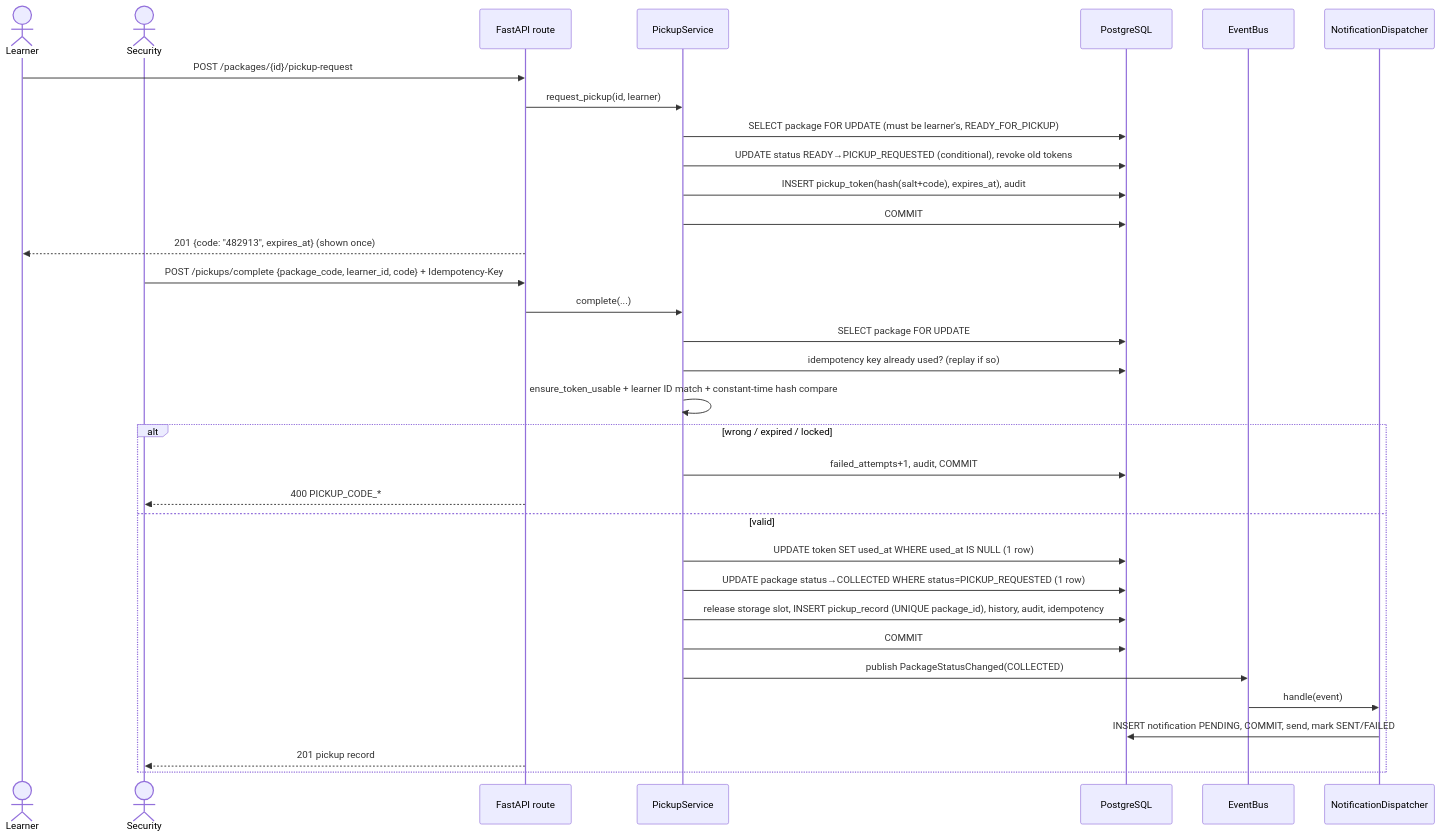
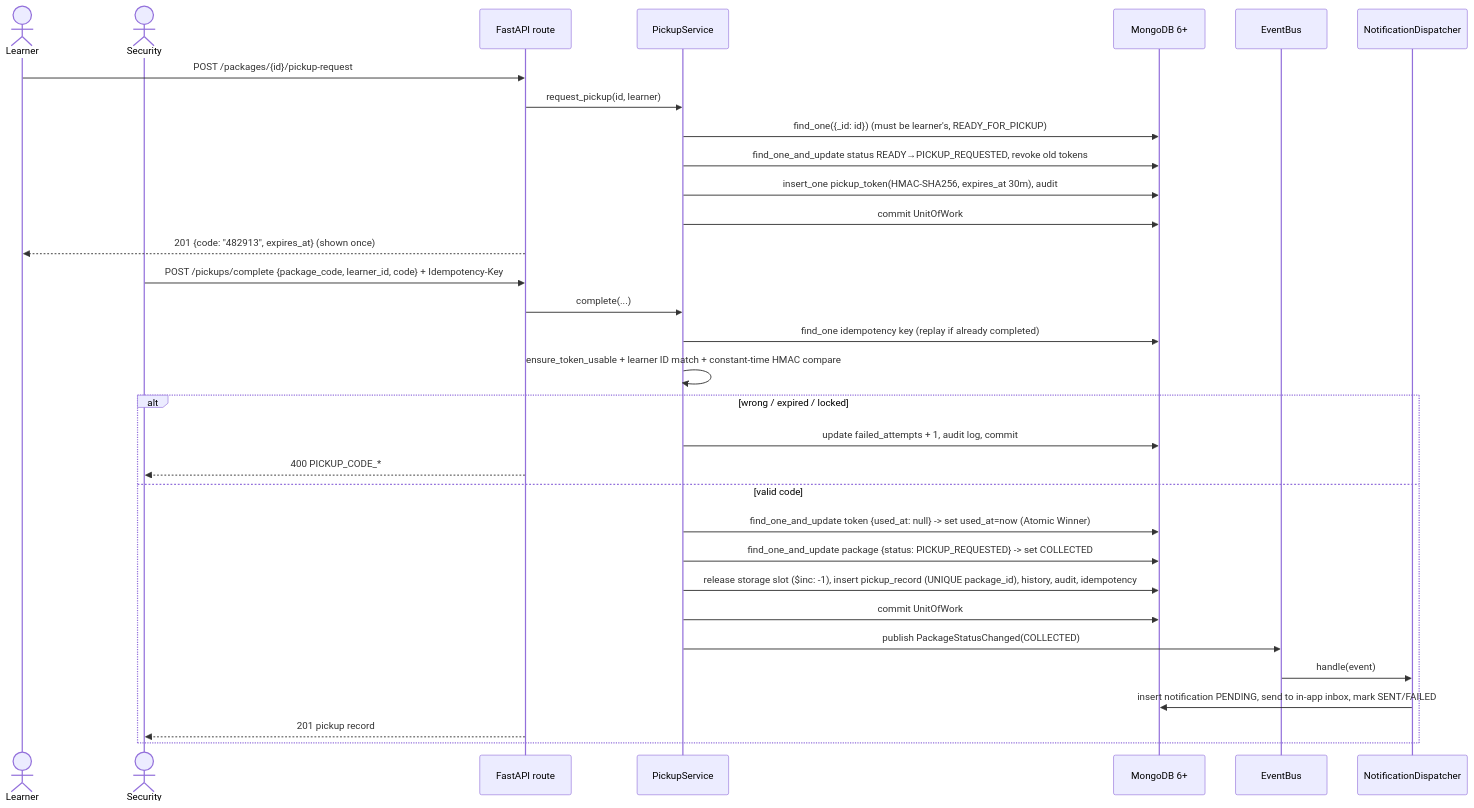
One commit to Kkt04/CampusDelivery changed the third of 3 diagrams in docs/03-uml.md. Above: the diagram before and after it, drawn with Mermaid. The commit also changed other lines of this file and 33 other files, not shown here.

Commit message:
added diagrams

````diff
--- a/docs/03-uml.md
+++ b/docs/03-uml.md
@@ -177,37 +180,36 @@
 ```mermaid
 sequenceDiagram
   actor L as Learner
   actor S as Security
   participant API as FastAPI route
   participant PS as PickupService
-  participant DB as PostgreSQL
+  participant DB as MongoDB 6+
   participant Bus as EventBus
   participant N as NotificationDispatcher
 
   L->>API: POST /packages/{id}/pickup-request
   API->>PS: request_pickup(id, learner)
-  PS->>DB: SELECT package FOR UPDATE (must be learner's, READY_FOR_PICKUP)
-  PS->>DB: UPDATE status READY→PICKUP_REQUESTED (conditional), revoke old tokens
-  PS->>DB: INSERT pickup_token(hash(salt+code), expires_at), audit
-  PS->>DB: COMMIT
-  API-->>L: 201 {code: "482913", expires_at}  (shown once)
+  PS->>DB: find_one({_id: id}) (must be learner's, READY_FOR_PICKUP)
+  PS->>DB: find_one_and_update status READY→PICKUP_REQUESTED, revoke old tokens
+  PS->>DB: insert_one pickup_token(HMAC-SHA256, expires_at 30m), audit
+  PS->>DB: commit UnitOfWork
+  API-->>L: 201 {code: "482913", expires_at} (shown once)
 
   S->>API: POST /pickups/complete {package_code, learner_id, code} + Idempotency-Key
   API->>PS: complete(...)
-  PS->>DB: SELECT package FOR UPDATE
-  PS->>DB: idempotency key already used? (replay if so)
-  PS->>PS: ensure_token_usable + learner ID match + constant-time hash compare
+  PS->>DB: find_one idempotency key (replay if already completed)
+  PS->>PS: ensure_token_usable + learner ID match + constant-time HMAC compare
   alt wrong / expired / locked
-    PS->>DB: failed_attempts+1, audit, COMMIT
+    PS->>DB: update failed_attempts + 1, audit log, commit
     API-->>S: 400 PICKUP_CODE_*
-  else valid
-    PS->>DB: UPDATE token SET used_at WHERE used_at IS NULL (1 row)
-    PS->>DB: UPDATE package status→COLLECTED WHERE status=PICKUP_REQUESTED (1 row)
-    PS->>DB: release storage slot, INSERT pickup_record (UNIQUE package_id), history, audit, idempotency
-    PS->>DB: COMMIT
+  else valid code
+    PS->>DB: find_one_and_update token {used_at: null} -> set used_at=now (Atomic Winner)
+    PS->>DB: find_one_and_update package {status: PICKUP_REQUESTED} -> set COLLECTED
+    PS->>DB: release storage slot ($inc: -1), insert pickup_record (UNIQUE package_id), history, audit, idempotency
+    PS->>DB: commit UnitOfWork
     PS->>Bus: publish PackageStatusChanged(COLLECTED)
     Bus->>N: handle(event)
-    N->>DB: INSERT notification PENDING, COMMIT, send, mark SENT/FAILED
+    N->>DB: insert notification PENDING, send to in-app inbox, mark SENT/FAILED
     API-->>S: 201 pickup record
   end
 ```
````
